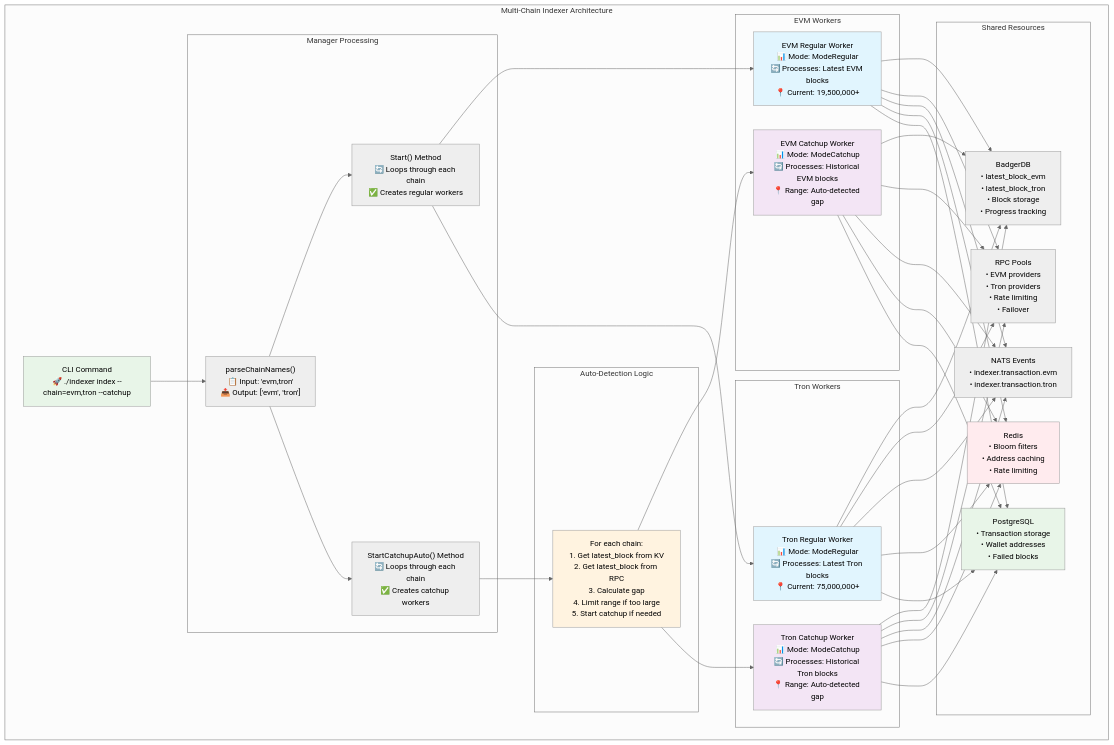
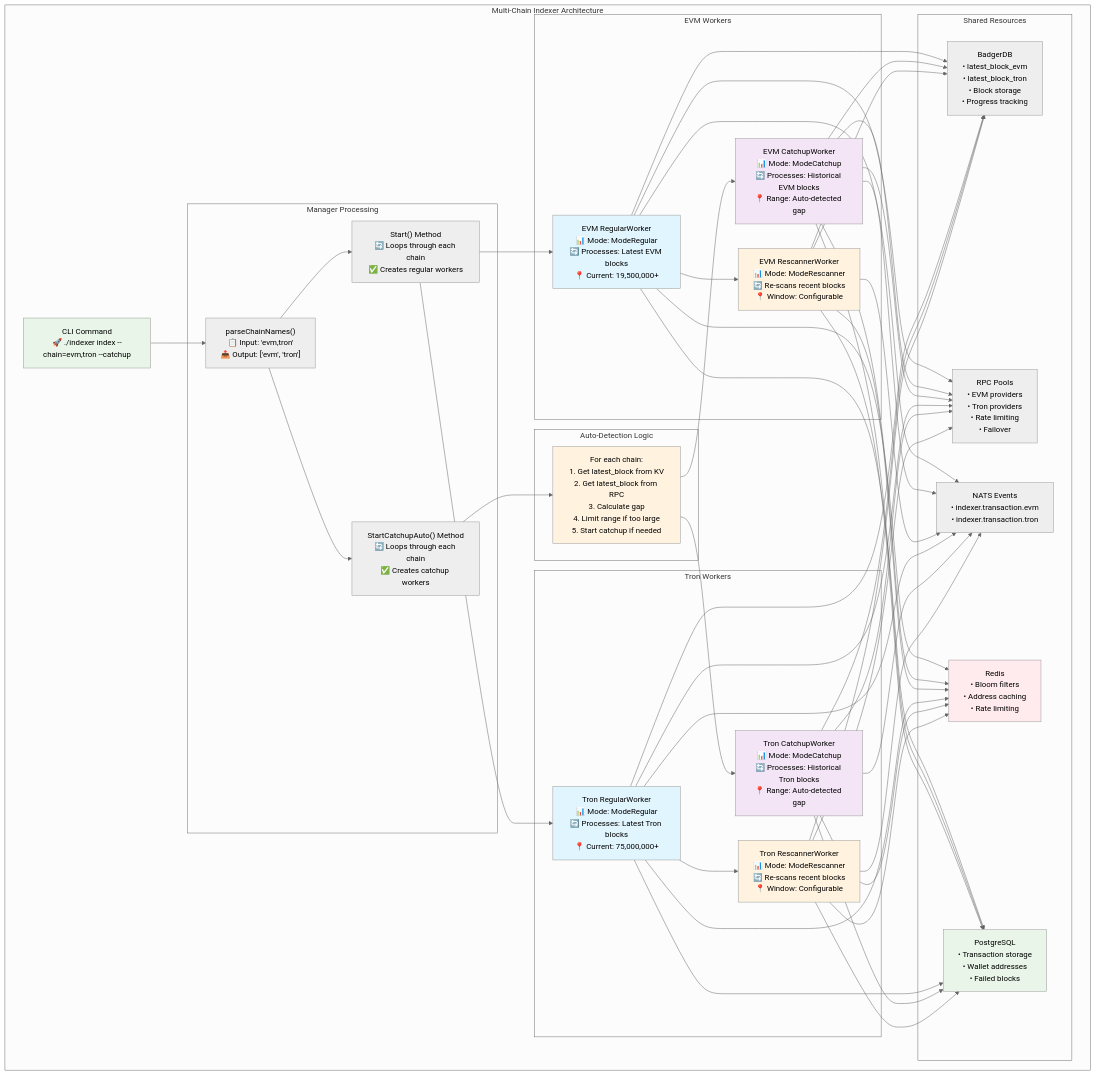
One commit to fystack/multichain-indexer changed the fifth of 5 diagrams in README.md. Above: the diagram before and after it, drawn with Mermaid (neutral theme). The commit also changed other lines of this file, not shown here.

Commit message:
refactor: restructure worker architecture in README

```diff
--- a/README.md
+++ b/README.md
@@ -301,15 +406,19 @@
         end
         
         subgraph "EVM Workers"
-            EVM_REG["EVM Regular Worker<br/>📊 Mode: ModeRegular<br/>🔄 Processes: Latest EVM blocks<br/>📍 Current: 19,500,000+"]
+            EVM_REG["EVM RegularWorker<br/>📊 Mode: ModeRegular<br/>🔄 Processes: Latest EVM blocks<br/>📍 Current: 19,500,000+"]
             
-            EVM_CATCH["EVM Catchup Worker<br/>📊 Mode: ModeCatchup<br/>🔄 Processes: Historical EVM blocks<br/>📍 Range: Auto-detected gap"]
+            EVM_CATCH["EVM CatchupWorker<br/>📊 Mode: ModeCatchup<br/>🔄 Processes: Historical EVM blocks<br/>📍 Range: Auto-detected gap"]
+            
+            EVM_RESCAN["EVM RescannerWorker<br/>📊 Mode: ModeRescanner<br/>🔄 Re-scans recent blocks<br/>📍 Window: Configurable"]
         end
         
         subgraph "Tron Workers"
-            TRON_REG["Tron Regular Worker<br/>📊 Mode: ModeRegular<br/>🔄 Processes: Latest Tron blocks<br/>📍 Current: 75,000,000+"]
+            TRON_REG["Tron RegularWorker<br/>📊 Mode: ModeRegular<br/>🔄 Processes: Latest Tron blocks<br/>📍 Current: 75,000,000+"]
             
-            TRON_CATCH["Tron Catchup Worker<br/>📊 Mode: ModeCatchup<br/>🔄 Processes: Historical Tron blocks<br/>📍 Range: Auto-detected gap"]
+            TRON_CATCH["Tron CatchupWorker<br/>📊 Mode: ModeCatchup<br/>🔄 Processes: Historical Tron blocks<br/>📍 Range: Auto-detected gap"]
+            
+            TRON_RESCAN["Tron RescannerWorker<br/>📊 Mode: ModeRescanner<br/>🔄 Re-scans recent blocks<br/>📍 Window: Configurable"]
         end
         
         subgraph "Shared Resources"
@@ -340,6 +449,9 @@
     DETECT --> EVM_CATCH
     DETECT --> TRON_CATCH
     
+    EVM_REG --> EVM_RESCAN
+    TRON_REG --> TRON_RESCAN
+    
     EVM_REG --> KV
     EVM_REG --> RPC
     EVM_REG --> NATS
@@ -351,6 +463,12 @@
     EVM_CATCH --> NATS
     EVM_CATCH --> REDIS
     EVM_CATCH --> DB
+    
+    EVM_RESCAN --> KV
+    EVM_RESCAN --> RPC
+    EVM_RESCAN --> NATS
+    EVM_RESCAN --> REDIS
+    EVM_RESCAN --> DB
     
     TRON_REG --> KV
     TRON_REG --> RPC
@@ -364,11 +482,19 @@
     TRON_CATCH --> REDIS
     TRON_CATCH --> DB
     
+    TRON_RESCAN --> KV
+    TRON_RESCAN --> RPC
+    TRON_RESCAN --> NATS
+    TRON_RESCAN --> REDIS
+    TRON_RESCAN --> DB
+    
     style CMD fill:#e8f5e8
     style EVM_REG fill:#e1f5fe
     style EVM_CATCH fill:#f3e5f5
+    style EVM_RESCAN fill:#fff3e0
     style TRON_REG fill:#e1f5fe
     style TRON_CATCH fill:#f3e5f5
+    style TRON_RESCAN fill:#fff3e0
     style DETECT fill:#fff3e0
     style REDIS fill:#ffebee
     style DB fill:#e8f5e8
```
